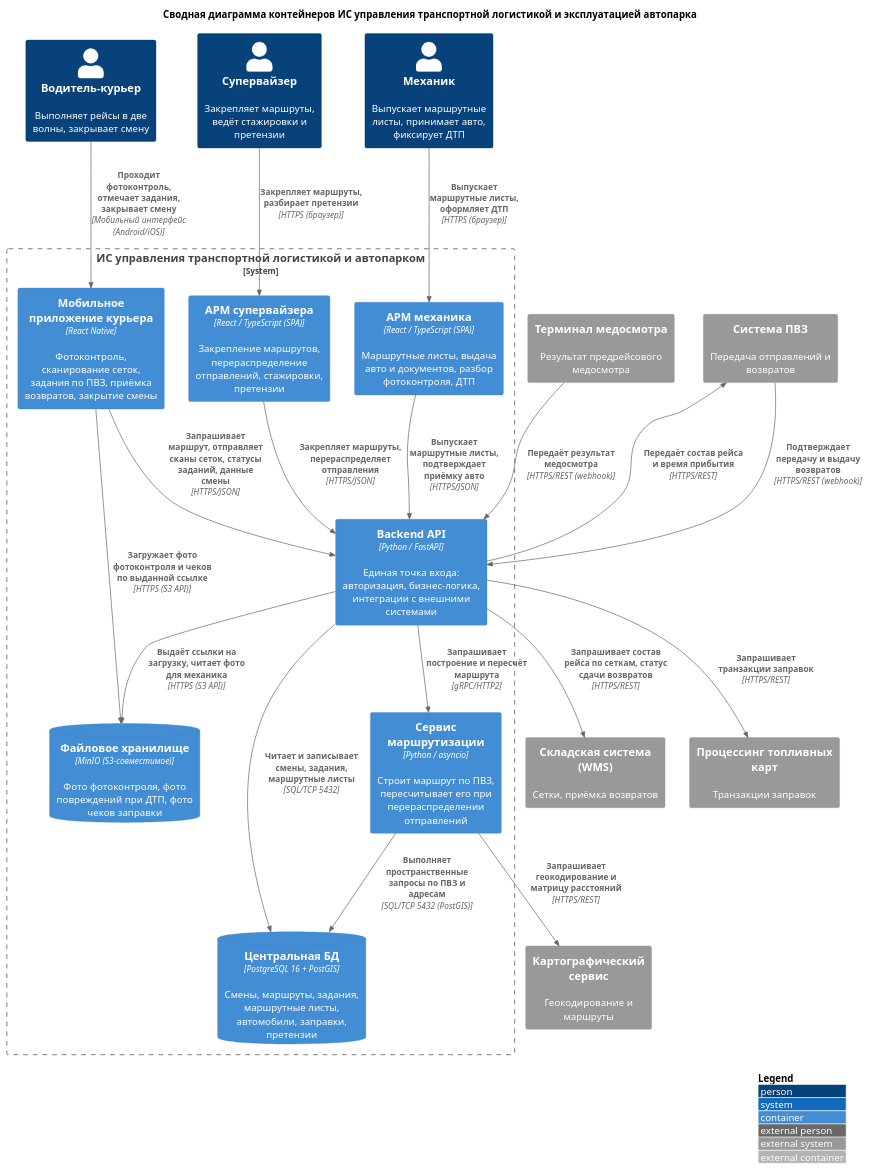
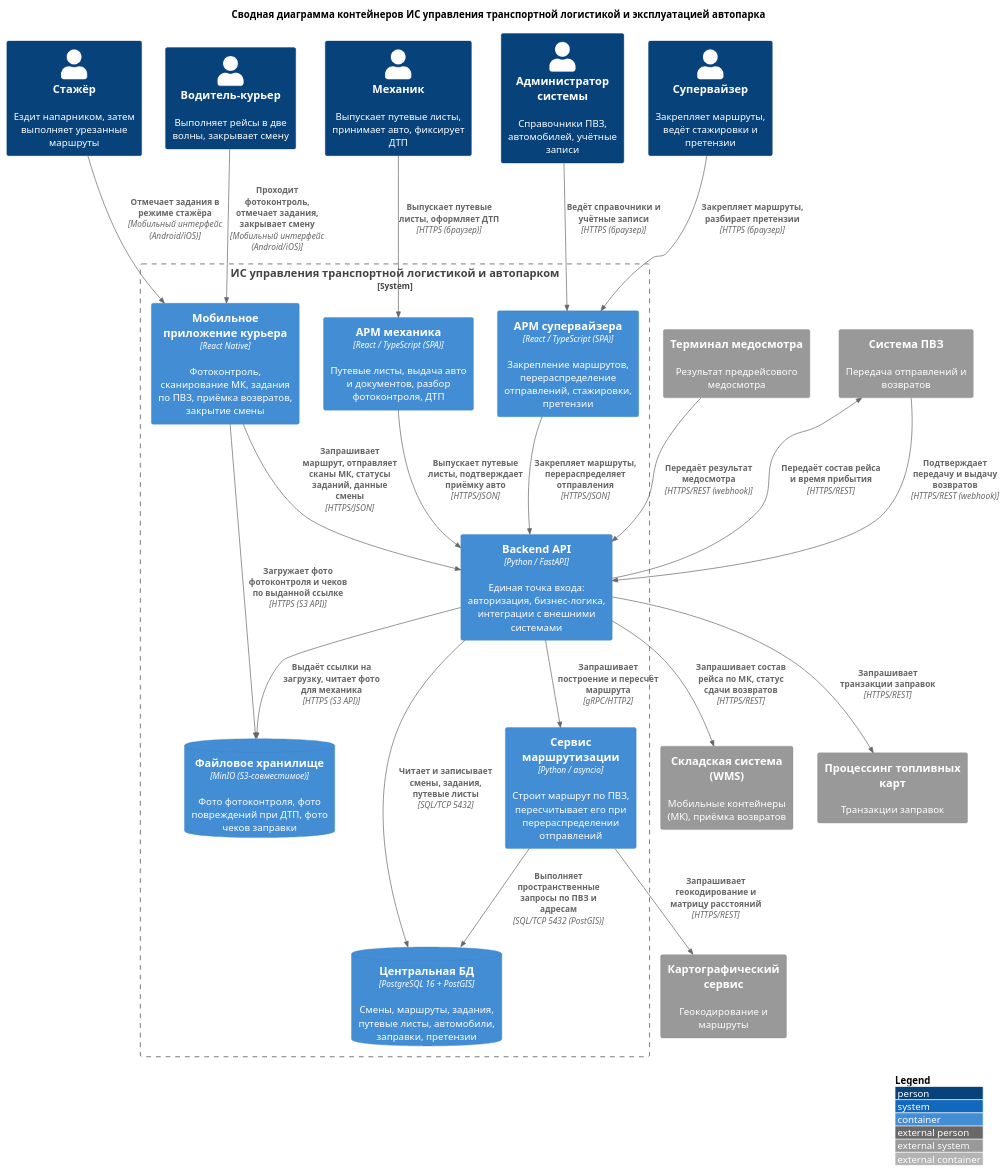
Before and after one commit to IvanRjevskii/KursovoiProektTeam13: the diagram in src/main.puml, drawn with PlantUML.

Commit message:
ЛР2: сводная диаграмма контейнеров L2 (5 ролей, МК)

```diff
--- a/src/main.puml
+++ b/src/main.puml
@@ -1,75 +1,79 @@
 @startuml main
 ' ============================================================
 ' Команда 13. Уровень L2 — сводная диаграмма контейнеров.
 ' Главный файл сборщика. Ведёт тимлид (Ржевский И. А.).
 ' Правила: только Rel() без направляющих суффиксов, без локальных стилей и цветов.
 ' Каждая связь: бизнес-действие + протокол. ID — из глоссария README.md.
 ' Направление стрелки = кто инициирует сетевой сеанс.
 ' ============================================================
 
 ' Вариант из методички, если нужен именно он:
 ' !include https://raw.githubusercontent.com/plantuml-stdlib/C4-PlantUML/master/C4_Container.puml
 !include <C4/C4_Container>
 
 LAYOUT_WITH_LEGEND()
 
 title Сводная диаграмма контейнеров ИС управления транспортной логистикой и эксплуатацией автопарка
 
 ' === Пользователи ===
 Person(supervisor, "Супервайзер", "Закрепляет маршруты, ведёт стажировки и претензии")
-Person(mechanic, "Механик", "Выпускает маршрутные листы, принимает авто, фиксирует ДТП")
+Person(mechanic, "Механик", "Выпускает путевые листы, принимает авто, фиксирует ДТП")
 Person(courier, "Водитель-курьер", "Выполняет рейсы в две волны, закрывает смену")
+Person(trainee, "Стажёр", "Ездит напарником, затем выполняет урезанные маршруты")
+Person(admin, "Администратор системы", "Справочники ПВЗ, автомобилей, учётные записи")
 
 ' === Внешние системы ===
 System_Ext(medical_terminal, "Терминал медосмотра", "Результат предрейсового медосмотра")
-System_Ext(wms, "Складская система (WMS)", "Сетки, приёмка возвратов")
+System_Ext(wms, "Складская система (WMS)", "Мобильные контейнеры (МК), приёмка возвратов")
 System_Ext(pvz_system, "Система ПВЗ", "Передача отправлений и возвратов")
 System_Ext(fuel_card_processing, "Процессинг топливных карт", "Транзакции заправок")
 System_Ext(geo_service, "Картографический сервис", "Геокодирование и маршруты")
 
 System_Boundary(fleet_system, "ИС управления транспортной логистикой и автопарком") {
 
     ' === Иванов А. А. (front-end) ===
-    Container(courier_app, "Мобильное приложение курьера", "React Native", "Фотоконтроль, сканирование сеток, задания по ПВЗ, приёмка возвратов, закрытие смены")
+    Container(courier_app, "Мобильное приложение курьера", "React Native", "Фотоконтроль, сканирование МК, задания по ПВЗ, приёмка возвратов, закрытие смены")
 
     ' === Кобоснидзе С. Г. (Analyst) ===
     Container(dispatch_web, "АРМ супервайзера", "React / TypeScript (SPA)", "Закрепление маршрутов, перераспределение отправлений, стажировки, претензии")
-    Container(fleet_web, "АРМ механика", "React / TypeScript (SPA)", "Маршрутные листы, выдача авто и документов, разбор фотоконтроля, ДТП")
+    Container(fleet_web, "АРМ механика", "React / TypeScript (SPA)", "Путевые листы, выдача авто и документов, разбор фотоконтроля, ДТП")
 
     ' === Чубченко Д. В. (back-end) ===
     Container(api_gateway, "Backend API", "Python / FastAPI", "Единая точка входа: авторизация, бизнес-логика, интеграции с внешними системами")
-    ContainerDb(database, "Центральная БД", "PostgreSQL 16 + PostGIS", "Смены, маршруты, задания, маршрутные листы, автомобили, заправки, претензии")
+    ContainerDb(database, "Центральная БД", "PostgreSQL 16 + PostGIS", "Смены, маршруты, задания, путевые листы, автомобили, заправки, претензии")
 
     ' === Кривенко И. Р. (DevOps) ===
     Container(routing_service, "Сервис маршрутизации", "Python / asyncio", "Строит маршрут по ПВЗ, пересчитывает его при перераспределении отправлений")
     ContainerDb(file_storage, "Файловое хранилище", "MinIO (S3-совместимое)", "Фото фотоконтроля, фото повреждений при ДТП, фото чеков заправки")
 }
 
 ' === Пользователи -> клиентские приложения ===
 Rel(courier, courier_app, "Проходит фотоконтроль, отмечает задания, закрывает смену", "Мобильный интерфейс (Android/iOS)")
 Rel(supervisor, dispatch_web, "Закрепляет маршруты, разбирает претензии", "HTTPS (браузер)")
-Rel(mechanic, fleet_web, "Выпускает маршрутные листы, оформляет ДТП", "HTTPS (браузер)")
+Rel(mechanic, fleet_web, "Выпускает путевые листы, оформляет ДТП", "HTTPS (браузер)")
+Rel(trainee, courier_app, "Отмечает задания в режиме стажёра", "Мобильный интерфейс (Android/iOS)")
+Rel(admin, dispatch_web, "Ведёт справочники и учётные записи", "HTTPS (браузер)")
 
 ' === Клиенты -> Backend ===
-Rel(courier_app, api_gateway, "Запрашивает маршрут, отправляет сканы сеток, статусы заданий, данные смены", "HTTPS/JSON")
+Rel(courier_app, api_gateway, "Запрашивает маршрут, отправляет сканы МК, статусы заданий, данные смены", "HTTPS/JSON")
 Rel(dispatch_web, api_gateway, "Закрепляет маршруты, перераспределяет отправления", "HTTPS/JSON")
-Rel(fleet_web, api_gateway, "Выпускает маршрутные листы, подтверждает приёмку авто", "HTTPS/JSON")
+Rel(fleet_web, api_gateway, "Выпускает путевые листы, подтверждает приёмку авто", "HTTPS/JSON")
 
 ' === Работа с файлами ===
 Rel(courier_app, file_storage, "Загружает фото фотоконтроля и чеков по выданной ссылке", "HTTPS (S3 API)")
 Rel(api_gateway, file_storage, "Выдаёт ссылки на загрузку, читает фото для механика", "HTTPS (S3 API)")
 
 ' === Внутренние связи ===
-Rel(api_gateway, database, "Читает и записывает смены, задания, маршрутные листы", "SQL/TCP 5432")
+Rel(api_gateway, database, "Читает и записывает смены, задания, путевые листы", "SQL/TCP 5432")
 Rel(api_gateway, routing_service, "Запрашивает построение и пересчёт маршрута", "gRPC/HTTP2")
 Rel(routing_service, database, "Выполняет пространственные запросы по ПВЗ и адресам", "SQL/TCP 5432 (PostGIS)")
 
 ' === Интеграции с внешними системами ===
 Rel(medical_terminal, api_gateway, "Передаёт результат медосмотра", "HTTPS/REST (webhook)")
-Rel(api_gateway, wms, "Запрашивает состав рейса по сеткам, статус сдачи возвратов", "HTTPS/REST")
+Rel(api_gateway, wms, "Запрашивает состав рейса по МК, статус сдачи возвратов", "HTTPS/REST")
 Rel(api_gateway, pvz_system, "Передаёт состав рейса и время прибытия", "HTTPS/REST")
 Rel(pvz_system, api_gateway, "Подтверждает передачу и выдачу возвратов", "HTTPS/REST (webhook)")
 Rel(api_gateway, fuel_card_processing, "Запрашивает транзакции заправок", "HTTPS/REST")
 Rel(routing_service, geo_service, "Запрашивает геокодирование и матрицу расстояний", "HTTPS/REST")
 
 @enduml
```
